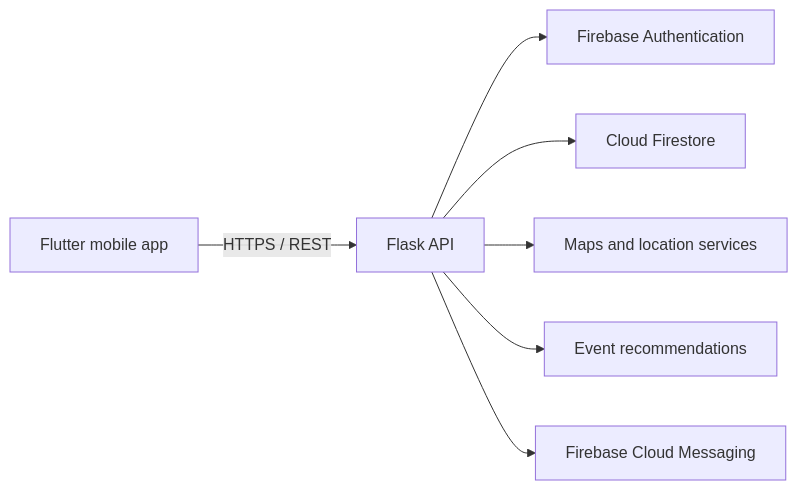
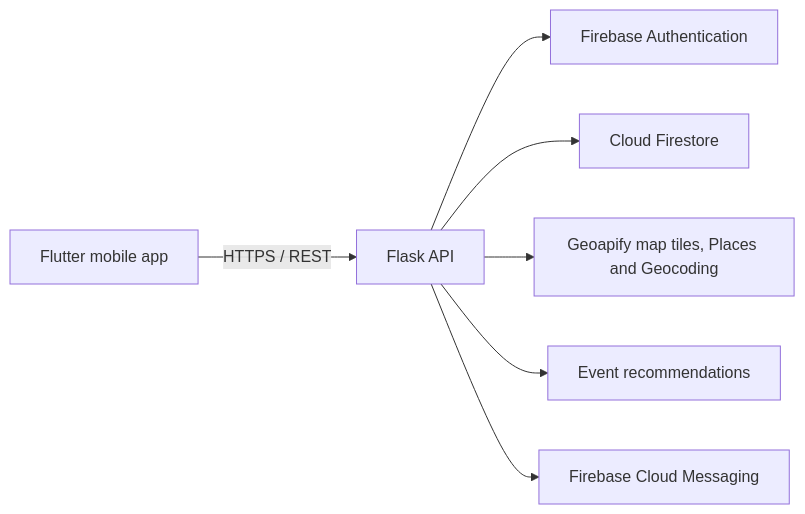
One commit to pvrplxd/PlayersZWZ changed the diagram in README.md. Above: the diagram before and after it, drawn with Mermaid. The commit also changed other lines of this file, not shown here.

Commit message:
Docs: document Geoapify map provider

````diff
--- a/README.md
+++ b/README.md
@@ -51,9 +53,9 @@
 ```mermaid
 flowchart LR
     M[Flutter mobile app] -->|HTTPS / REST| API[Flask API]
     API --> AUTH[Firebase Authentication]
     API --> DB[Cloud Firestore]
-    API --> MAPS[Maps and location services]
+    API --> MAPS[Geoapify map tiles, Places and Geocoding]
     API --> AI[Event recommendations]
     API --> PUSH[Firebase Cloud Messaging]
 ```
````
